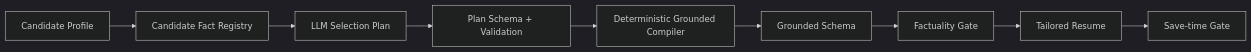
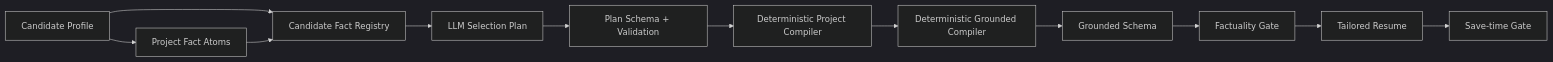
One commit to zhangjf314/Job-Agent changed the diagram in README.md. Above: the diagram before and after it, drawn with Mermaid (dark theme). The commit also changed other lines of this file and 46 other files, not shown here.

````diff
--- a/README.md
+++ b/README.md
@@ -46,11 +49,14 @@
 ```mermaid
 flowchart LR
-    Profile["Candidate Profile"] --> Registry["Candidate Fact Registry"]
+    Profile["Candidate Profile"] --> ProjectAtoms["Project Fact Atoms"]
+    Profile --> Registry["Candidate Fact Registry"]
+    ProjectAtoms --> Registry
     Registry --> Plan["LLM Selection Plan"]
     Plan --> Validation["Plan Schema + Validation"]
-    Validation --> Compiler["Deterministic Grounded Compiler"]
+    Validation --> ProjectCompiler["Deterministic Project Compiler"]
+    ProjectCompiler --> Compiler["Deterministic Grounded Compiler"]
     Compiler --> Schema["Grounded Schema"]
     Schema --> Gate["Factuality Gate"]
     Gate --> Resume["Tailored Resume"]
     Resume --> Save["Save-time Gate"]
 ```
````
